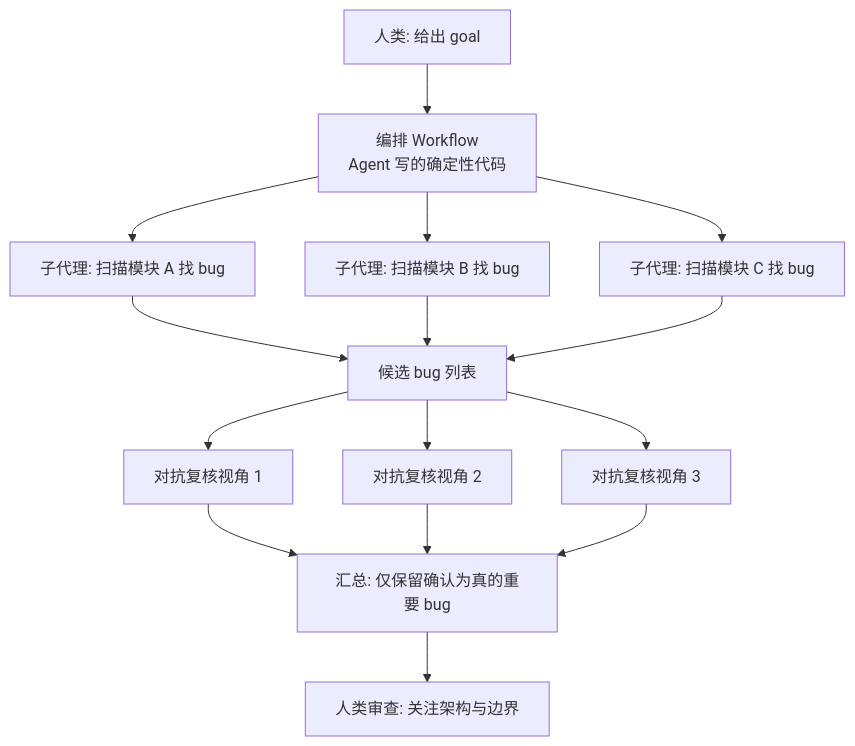
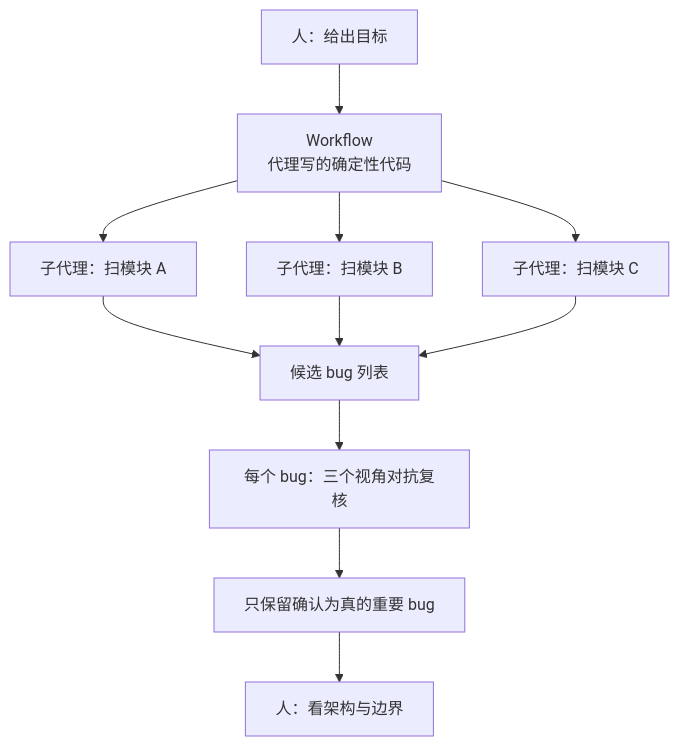
One commit to yzw7489757/ai-coding-videos changed the second of 2 diagrams in docs/02-claude-code-team-workflows.md. Above: the diagram before and after it, drawn with Mermaid. The commit also changed other lines of this file and 5 other files, not shown here.

````diff
--- a/docs/02-claude-code-team-workflows.md
+++ b/docs/02-claude-code-team-workflows.md
@@ -101,17 +164,13 @@
 ```mermaid
 graph TD
-    U[人类: 给出 goal] --> O[编排 Workflow<br/>Agent 写的确定性代码]
-    O --> F1[子代理: 扫描模块 A 找 bug]
-    O --> F2[子代理: 扫描模块 B 找 bug]
-    O --> F3[子代理: 扫描模块 C 找 bug]
-    F1 --> C[候选 bug 列表]
+    U["人：给出目标"] --> O["Workflow<br/>代理写的确定性代码"]
+    O --> F1["子代理：扫模块 A"]
+    O --> F2["子代理：扫模块 B"]
+    O --> F3["子代理：扫模块 C"]
+    F1 --> C["候选 bug 列表"]
     F2 --> C
     F3 --> C
-    C --> R1[对抗复核视角 1]
-    C --> R2[对抗复核视角 2]
-    C --> R3[对抗复核视角 3]
-    R1 --> S[汇总: 仅保留确认为真的重要 bug]
-    R2 --> S
-    R3 --> S
-    S --> H[人类审查: 关注架构与边界]
+    C --> R["每个 bug：三个视角对抗复核"]
+    R --> S["只保留确认为真的重要 bug"]
+    S --> H["人：看架构与边界"]
 ```
````
